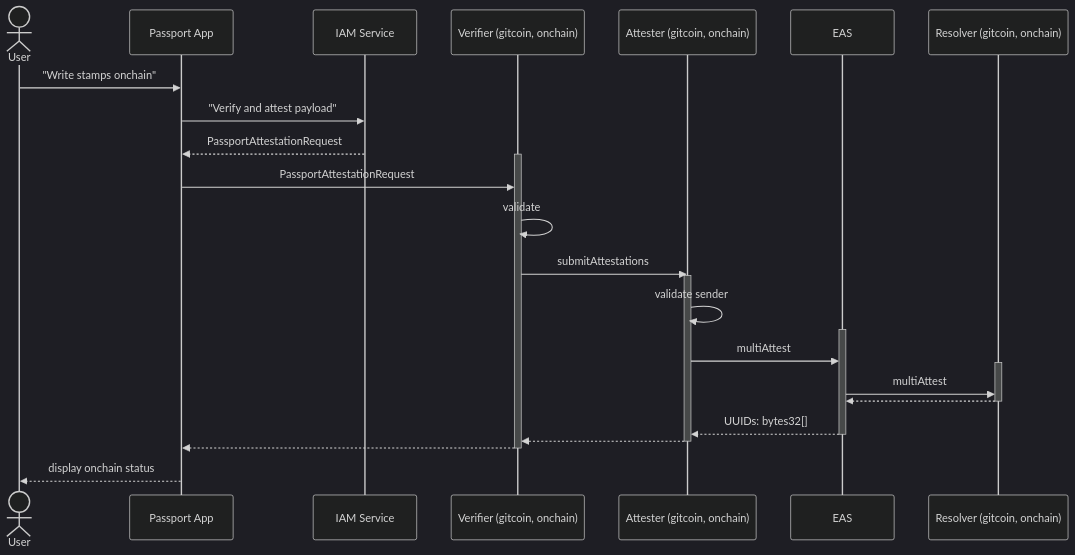
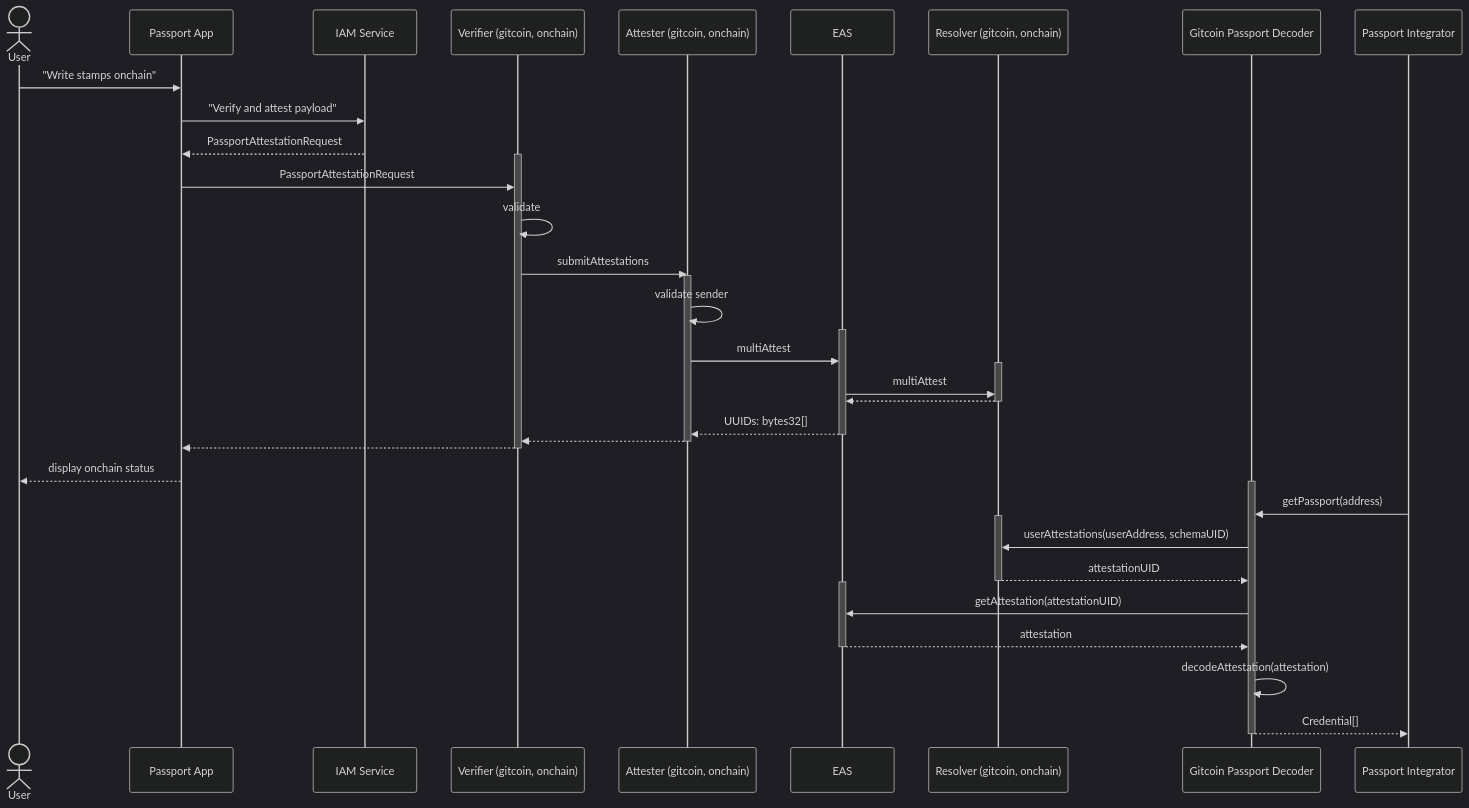
One commit to passportxyz/eas-proxy changed the diagram in docs/00-onchain-data.md. Above: the diagram before and after it, drawn with Mermaid (dark theme). The commit also changed 1 other file, not shown here.

Commit message:
feat(docs): updating the docs regarding decoding on-chain passport attestations

````diff
--- a/docs/00-onchain-data.md
+++ b/docs/00-onchain-data.md
@@ -46,32 +46,52 @@
 ```mermaid
 sequenceDiagram
     actor User
     participant App as Passport App
     participant IAM as IAM Service
     participant Verifier as Verifier (gitcoin, onchain)
     participant Attester as Attester (gitcoin, onchain)
     participant EAS
     participant Resolver as Resolver (gitcoin, onchain)
+    participant Decoder as Gitcoin Passport Decoder
+    participant External as Passport Integrator
     User->>App: "Write stamps onchain"
     App->>IAM: "Verify and attest payload"
     IAM-->>App: PassportAttestationRequest
     activate Verifier
     App->>Verifier: PassportAttestationRequest
     Verifier->>Verifier : validate
     Verifier->>Attester : submitAttestations
     activate Attester
     Attester->>Attester : validate sender
     activate EAS
     Attester->>EAS : multiAttest
     activate Resolver
     EAS->>Resolver : multiAttest
     Resolver-->>EAS : 
     deactivate Resolver
     EAS-->>Attester : UUIDs: bytes32[]
     deactivate EAS
     Attester-->>Verifier : 
     deactivate Attester
     Verifier-->>App : 
     deactivate Verifier
     App-->>User : display onchain status
+
+    activate Decoder
+    External->>Decoder : getPassport(address)
+
+    activate Resolver
+    Decoder->>Resolver : userAttestations(userAddress, schemaUID);
+    Resolver-->>Decoder : attestationUID
+    deactivate Resolver
+
+    activate EAS
+    Decoder->>EAS : getAttestation(attestationUID)
+    EAS-->>Decoder : attestation
+    deactivate EAS
+
+    Decoder->>Decoder : decodeAttestation(attestation);
+
+    Decoder-->>External : Credential[]
+    deactivate Decoder
 ```
````
